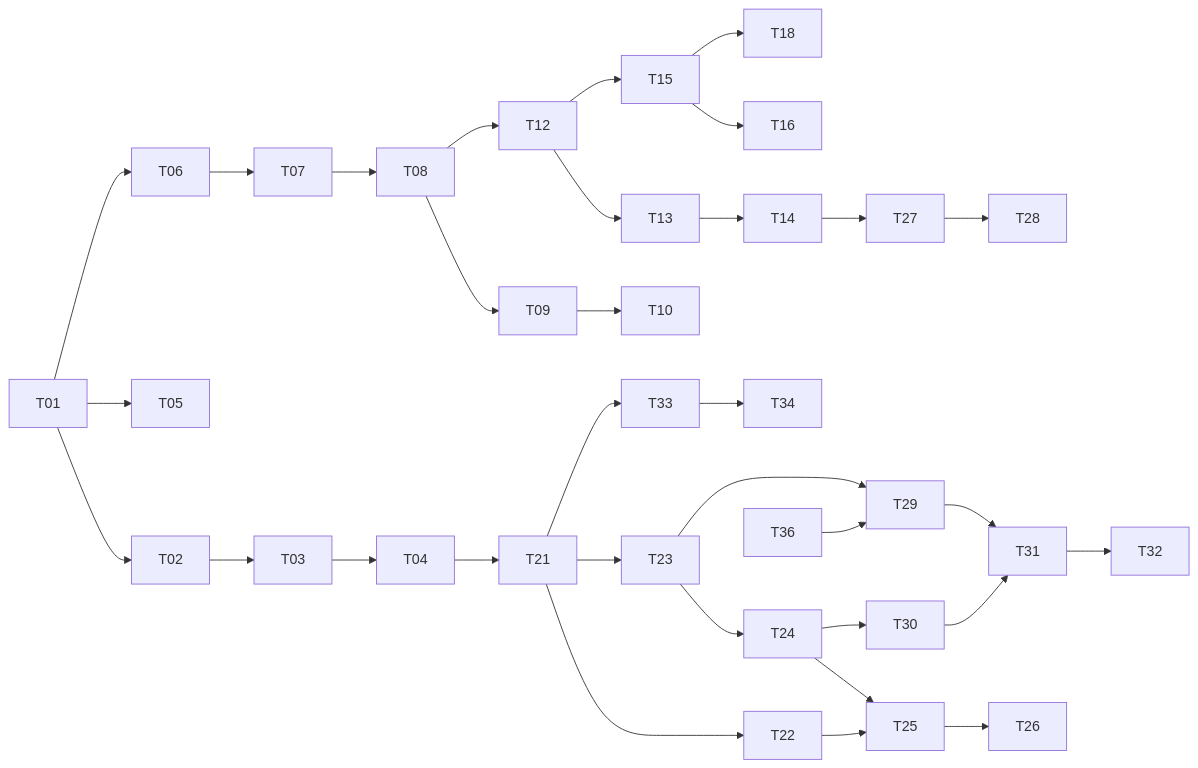
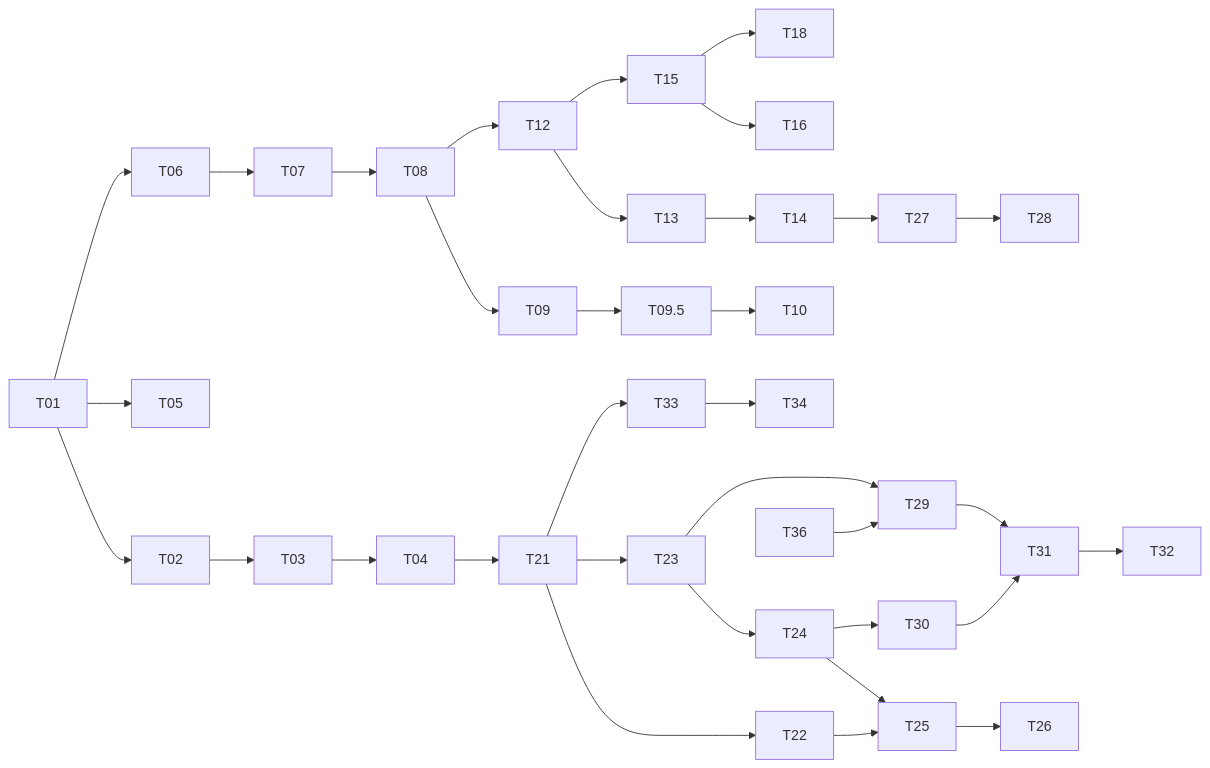
One commit to ordamari/winnow changed the diagram in docs/roadmap/README.md. Above: the diagram before and after it, drawn with Mermaid. The commit also changed other lines of this file and 46 other files, not shown here.

````diff
--- a/docs/roadmap/README.md
+++ b/docs/roadmap/README.md
@@ -131,16 +132,16 @@
 ```mermaid
 flowchart LR
   T01 --> T02 --> T03 --> T04
   T01 --> T05
-  T01 --> T06 --> T07 --> T08 --> T09 --> T10
+  T01 --> T06 --> T07 --> T08 --> T09 --> T09.5 --> T10
   T08 --> T12 --> T13 --> T14
   T12 --> T15 --> T16
   T15 --> T18
   T04 --> T21 --> T22 --> T25
   T21 --> T23 --> T24 --> T25 --> T26
   T14 --> T27 --> T28
   T23 --> T29 --> T31
   T24 --> T30 --> T31 --> T32
   T36 --> T29
   T21 --> T33 --> T34
 ```
````
